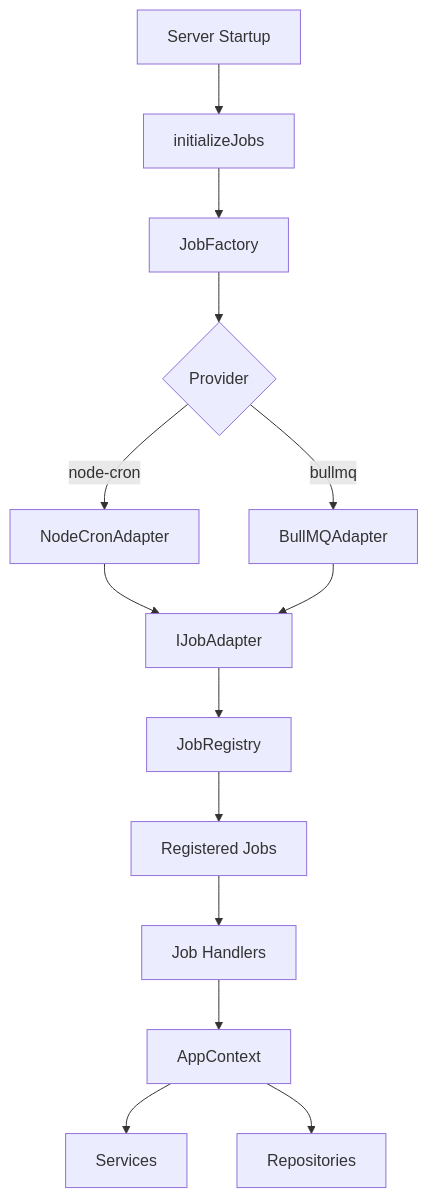
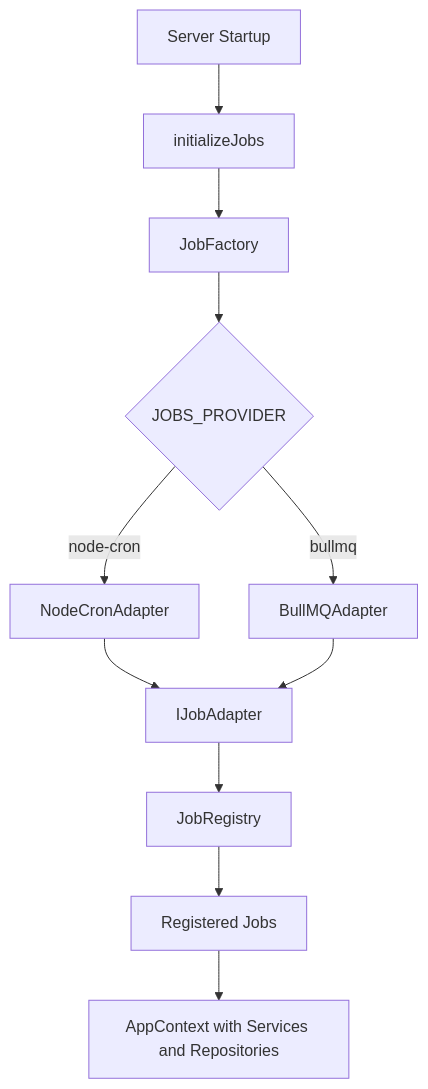
One commit to logusgraphics/grant changed the diagram in docs/advanced-topics/job-scheduling.md. Above: the diagram before and after it, drawn with Mermaid. The commit also changed other lines of this file and 91 other files, not shown here.

````diff
--- a/docs/advanced-topics/job-scheduling.md
+++ b/docs/advanced-topics/job-scheduling.md
@@ -20,16 +12,13 @@
 ```mermaid
 graph TB
     Server[Server Startup] --> Init[initializeJobs]
     Init --> Factory[JobFactory]
-    Factory --> Strategy{Provider}
+    Factory --> Strategy{JOBS_PROVIDER}
     Strategy -->|node-cron| NodeCron[NodeCronAdapter]
     Strategy -->|bullmq| BullMQ[BullMQAdapter]
     NodeCron --> Interface[IJobAdapter]
     BullMQ --> Interface
     Interface --> Registry[JobRegistry]
     Registry --> Jobs[Registered Jobs]
-    Jobs --> Handler[Job Handlers]
-    Handler --> AppContext[AppContext]
-    AppContext --> Services[Services]
-    AppContext --> Repos[Repositories]
+    Jobs --> AppContext[AppContext with Services and Repositories]
 ```
````
